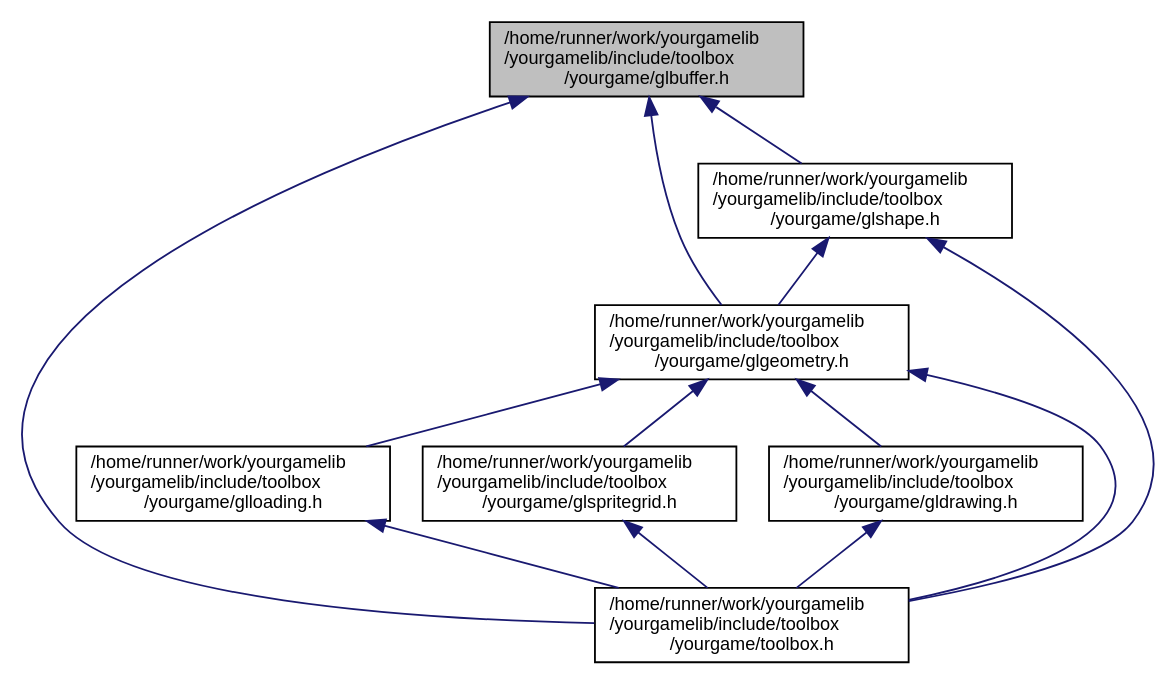
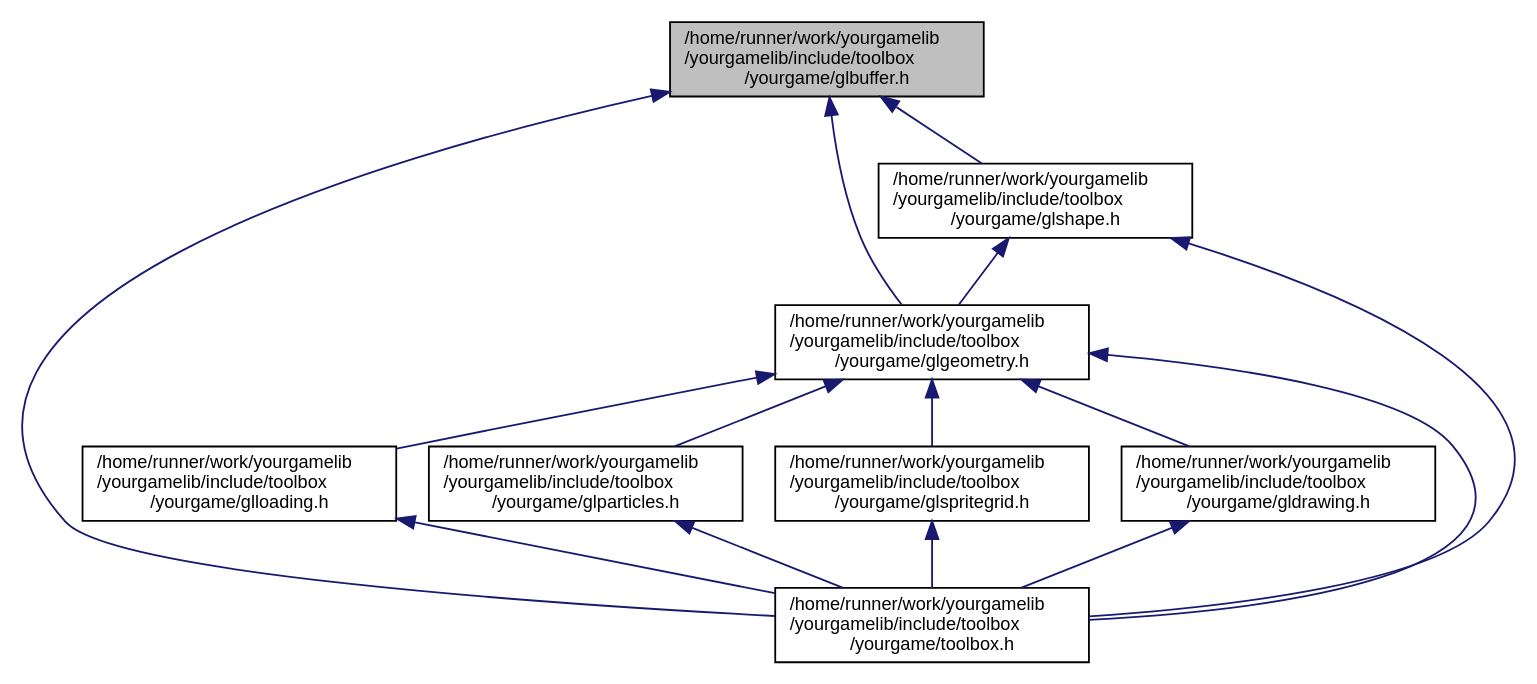
One commit to duddel/yourgamelib changed the diagram in glbuffer_8h__dep__incl.dot. Above: the diagram before and after it, drawn with Graphviz. The commit also changed 121 other files, not shown here.

```diff
--- a/glbuffer_8h__dep__incl.dot
+++ b/glbuffer_8h__dep__incl.dot
@@ -1,24 +1,27 @@
 digraph "/home/runner/work/yourgamelib/yourgamelib/include/toolbox/yourgame/glbuffer.h"
 {
   edge [fontname="Helvetica",fontsize="10",labelfontname="Helvetica",labelfontsize="10"];
   node [fontname="Helvetica",fontsize="10",shape=record];
   Node2 [label="/home/runner/work/yourgamelib\l/yourgamelib/include/toolbox\l/yourgame/glbuffer.h",height=0.2,width=0.4,color="black", fillcolor="grey75", style="filled", fontcolor="black"];
   Node2 -> Node3 [dir="back",color="midnightblue",fontsize="10",style="solid",fontname="Helvetica"];
   Node3 [label="/home/runner/work/yourgamelib\l/yourgamelib/include/toolbox\l/yourgame/glgeometry.h",height=0.2,width=0.4,color="black", fillcolor="white", style="filled",URL="$glgeometry_8h.html"];
   Node3 -> Node4 [dir="back",color="midnightblue",fontsize="10",style="solid",fontname="Helvetica"];
   Node4 [label="/home/runner/work/yourgamelib\l/yourgamelib/include/toolbox\l/yourgame/gldrawing.h",height=0.2,width=0.4,color="black", fillcolor="white", style="filled",URL="$gldrawing_8h.html"];
   Node4 -> Node5 [dir="back",color="midnightblue",fontsize="10",style="solid",fontname="Helvetica"];
   Node5 [label="/home/runner/work/yourgamelib\l/yourgamelib/include/toolbox\l/yourgame/toolbox.h",height=0.2,width=0.4,color="black", fillcolor="white", style="filled",URL="$toolbox_8h.html"];
   Node3 -> Node6 [dir="back",color="midnightblue",fontsize="10",style="solid",fontname="Helvetica"];
   Node6 [label="/home/runner/work/yourgamelib\l/yourgamelib/include/toolbox\l/yourgame/glloading.h",height=0.2,width=0.4,color="black", fillcolor="white", style="filled",URL="$glloading_8h.html"];
   Node6 -> Node5 [dir="back",color="midnightblue",fontsize="10",style="solid",fontname="Helvetica"];
   Node3 -> Node7 [dir="back",color="midnightblue",fontsize="10",style="solid",fontname="Helvetica"];
-  Node7 [label="/home/runner/work/yourgamelib\l/yourgamelib/include/toolbox\l/yourgame/glspritegrid.h",height=0.2,width=0.4,color="black", fillcolor="white", style="filled",URL="$glspritegrid_8h.html"];
+  Node7 [label="/home/runner/work/yourgamelib\l/yourgamelib/include/toolbox\l/yourgame/glparticles.h",height=0.2,width=0.4,color="black", fillcolor="white", style="filled",URL="$glparticles_8h.html"];
   Node7 -> Node5 [dir="back",color="midnightblue",fontsize="10",style="solid",fontname="Helvetica"];
+  Node3 -> Node8 [dir="back",color="midnightblue",fontsize="10",style="solid",fontname="Helvetica"];
+  Node8 [label="/home/runner/work/yourgamelib\l/yourgamelib/include/toolbox\l/yourgame/glspritegrid.h",height=0.2,width=0.4,color="black", fillcolor="white", style="filled",URL="$glspritegrid_8h.html"];
+  Node8 -> Node5 [dir="back",color="midnightblue",fontsize="10",style="solid",fontname="Helvetica"];
   Node3 -> Node5 [dir="back",color="midnightblue",fontsize="10",style="solid",fontname="Helvetica"];
-  Node2 -> Node8 [dir="back",color="midnightblue",fontsize="10",style="solid",fontname="Helvetica"];
-  Node8 [label="/home/runner/work/yourgamelib\l/yourgamelib/include/toolbox\l/yourgame/glshape.h",height=0.2,width=0.4,color="black", fillcolor="white", style="filled",URL="$glshape_8h.html"];
-  Node8 -> Node3 [dir="back",color="midnightblue",fontsize="10",style="solid",fontname="Helvetica"];
-  Node8 -> Node5 [dir="back",color="midnightblue",fontsize="10",style="solid",fontname="Helvetica"];
+  Node2 -> Node9 [dir="back",color="midnightblue",fontsize="10",style="solid",fontname="Helvetica"];
+  Node9 [label="/home/runner/work/yourgamelib\l/yourgamelib/include/toolbox\l/yourgame/glshape.h",height=0.2,width=0.4,color="black", fillcolor="white", style="filled",URL="$glshape_8h.html"];
+  Node9 -> Node3 [dir="back",color="midnightblue",fontsize="10",style="solid",fontname="Helvetica"];
+  Node9 -> Node5 [dir="back",color="midnightblue",fontsize="10",style="solid",fontname="Helvetica"];
   Node2 -> Node5 [dir="back",color="midnightblue",fontsize="10",style="solid",fontname="Helvetica"];
 }
```
